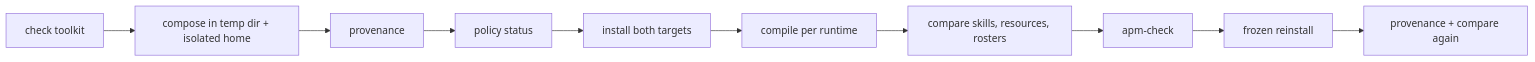
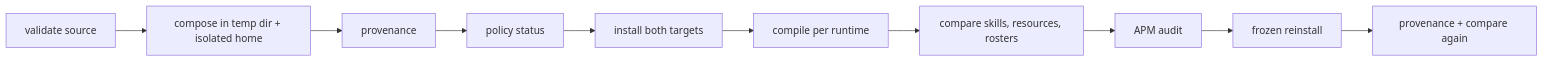
The fifth of 5 diagrams in .agents/knowledge-base/flows.md (lfr-ai/agent-kit), drawn with Mermaid before and after one commit. The commit also changed other lines of this file and 209 other files, not shown here.

````diff
--- a/.agents/knowledge-base/flows.md
+++ b/.agents/knowledge-base/flows.md
@@ -199,12 +181,12 @@
 ```mermaid
 flowchart LR
-    A[check toolkit] --> B[compose in temp dir + isolated home]
+    A[validate source] --> B[compose in temp dir + isolated home]
     B --> C[provenance]
     C --> D[policy status]
     D --> E[install both targets]
     E --> F[compile per runtime]
     F --> G[compare skills, resources, rosters]
-    G --> H[apm-check]
+    G --> H[APM audit]
     H --> I[frozen reinstall]
     I --> J[provenance + compare again]
 ```
````
